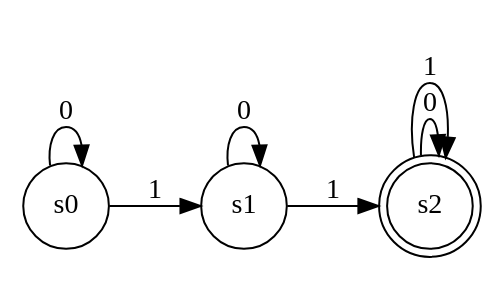
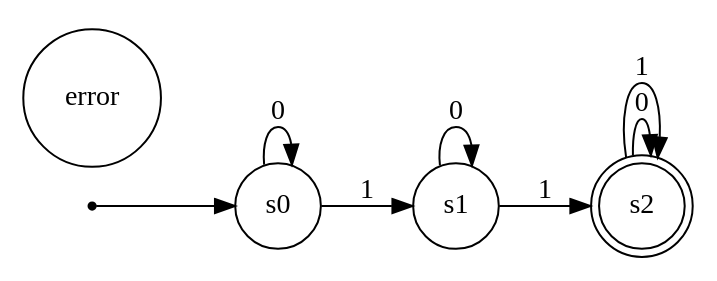
One commit to lukaz-r/AFD-animator changed the diagram in dotfiles/arq_.dot. Above: the diagram before and after it, drawn with Graphviz. The commit also changed 6 other files, not shown here.

```diff
--- a/dotfiles/arq_.dot
+++ b/dotfiles/arq_.dot
@@ -1,13 +1,18 @@
 digraph maquina_de_estados { 
 	rankdir=LR;
 	size="10"
 	node [shape = doublecircle];
 	s2
+	node [shape = point];
+	p
+	node [shape = circle];
+	error [styled=filled, fillcolor=white];
+	p -> s0
 	node [shape = circle];
 	s0 -> s0 [label = "0"];
 	s0 -> s1 [label = "1"];
 	s1 -> s1 [label = "0"];
 	s1 -> s2 [label = "1"];
 	s2 -> s2 [label = "0"];
 	s2 -> s2 [label = "1"];
 	}
```
